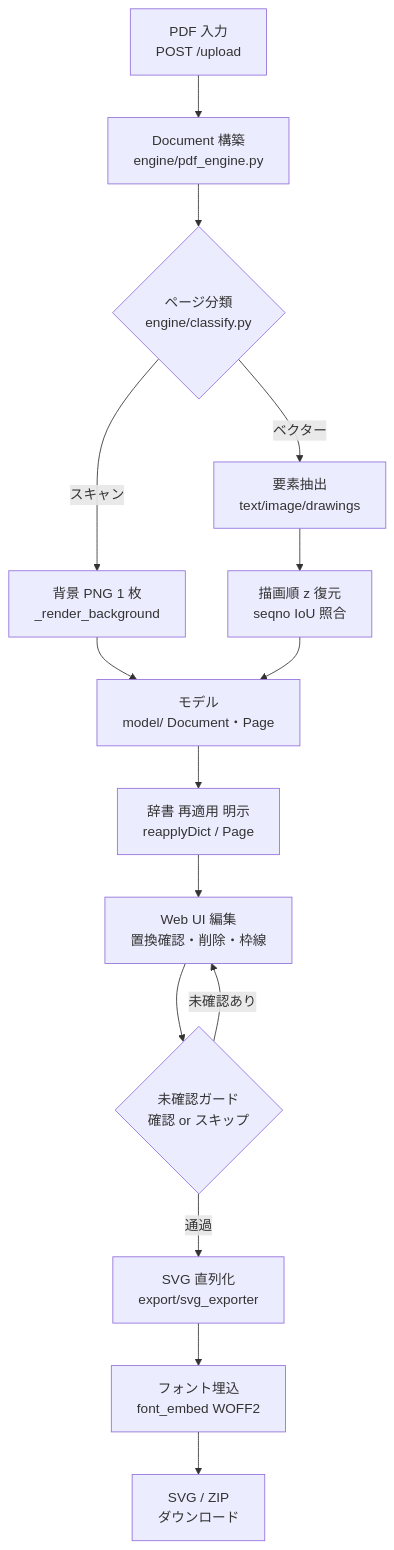
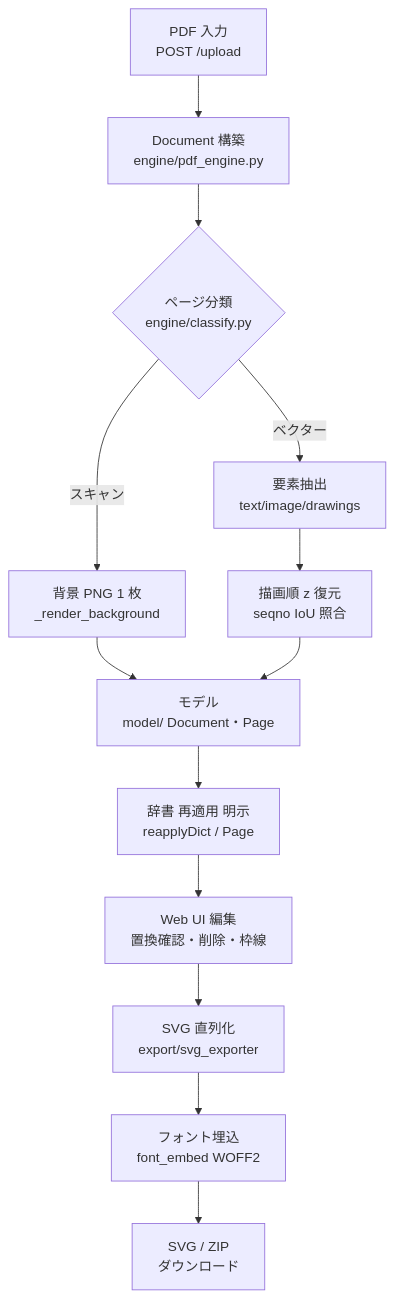
One commit to koichi-araki-0801/python-tools changed the first of 4 diagrams in docs/pdf-to-svg/src/設計書.md. Above: the diagram before and after it, drawn with Mermaid. The commit also changed other lines of this file and 16 other files, not shown here.

````diff
--- a/docs/pdf-to-svg/src/設計書.md
+++ b/docs/pdf-to-svg/src/設計書.md
@@ -70,17 +71,15 @@
 ```mermaid
 flowchart TD
   IN["PDF 入力<br/>POST /upload"] --> LOAD["Document 構築<br/>engine/pdf_engine.py"]
   LOAD --> CLS{"ページ分類<br/>engine/classify.py"}
   CLS -->|"スキャン"| BG["背景 PNG 1 枚<br/>_render_background"]
   CLS -->|"ベクター"| EXT["要素抽出<br/>text/image/drawings"]
   EXT --> Z["描画順 z 復元<br/>seqno IoU 照合"]
   BG --> DOC["モデル<br/>model/ Document・Page"]
   Z --> DOC
   DOC --> DICT["辞書 再適用 明示<br/>reapplyDict / Page"]
   DICT --> UI["Web UI 編集<br/>置換確認・削除・枠線"]
-  UI --> GUARD{"未確認ガード<br/>確認 or スキップ"}
-  GUARD -->|"未確認あり"| UI
-  GUARD -->|"通過"| EXP["SVG 直列化<br/>export/svg_exporter"]
+  UI --> EXP["SVG 直列化<br/>export/svg_exporter"]
   EXP --> FONT["フォント埋込<br/>font_embed WOFF2"]
   FONT --> OUT["SVG / ZIP<br/>ダウンロード"]
 ```
````
